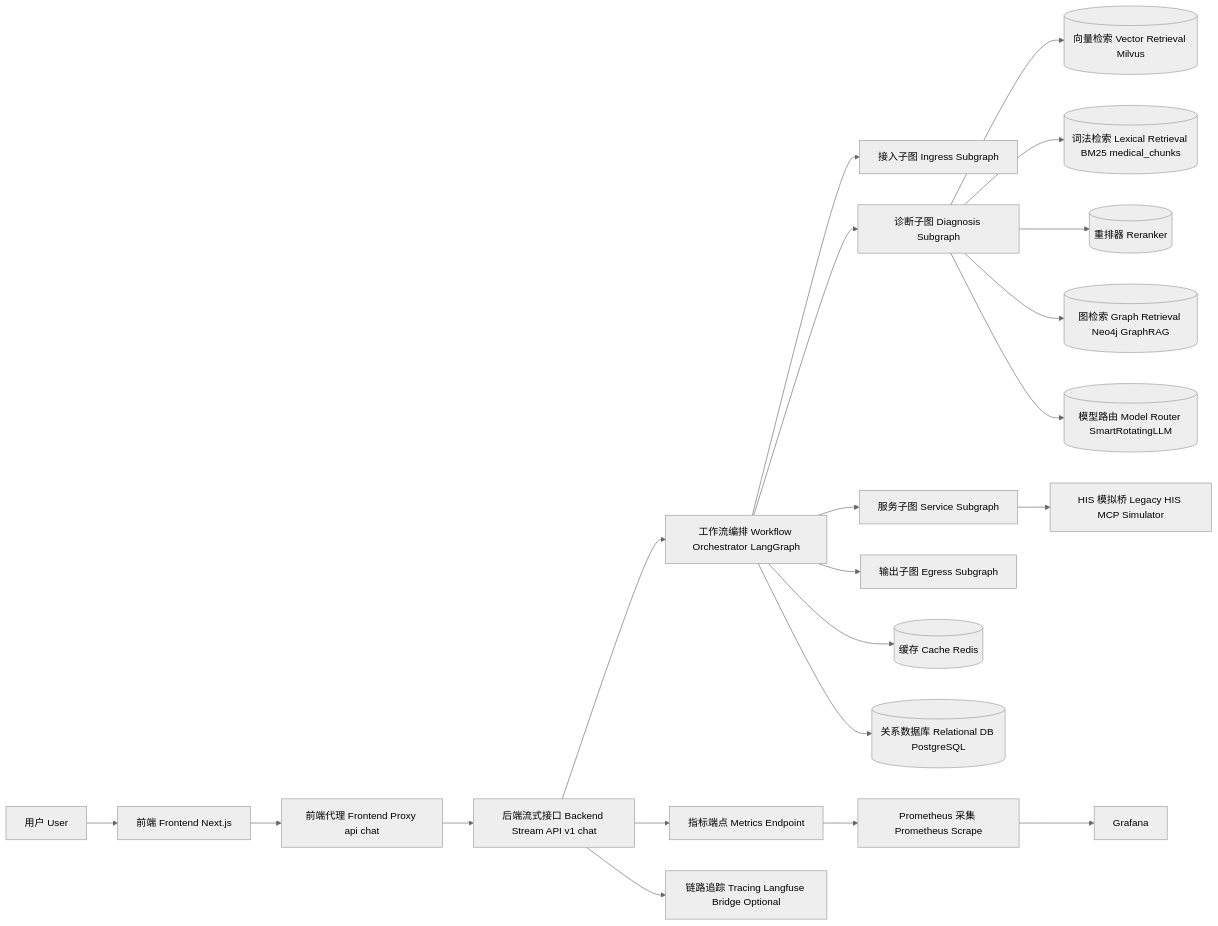
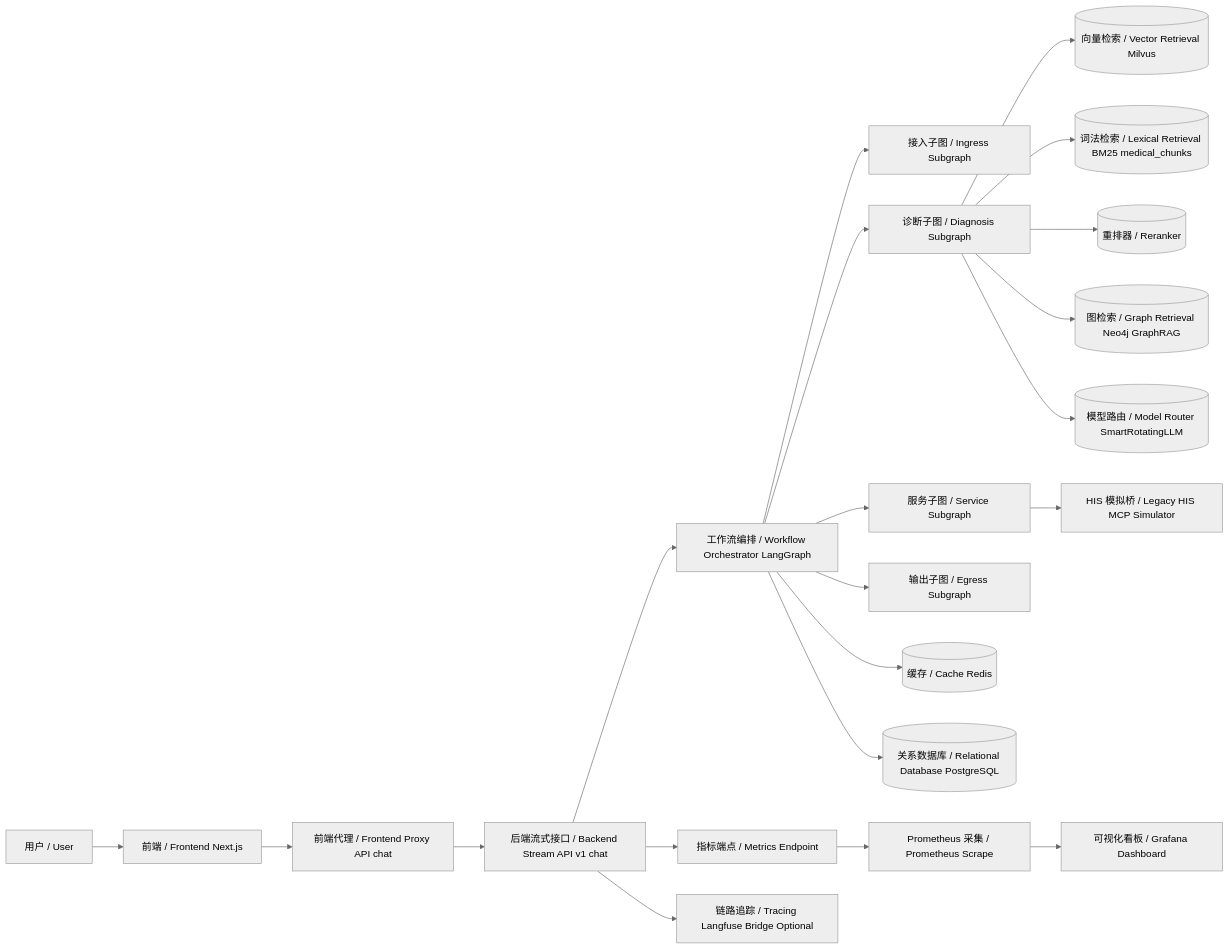
The first of 3 diagrams in README.md (standbyme626/smart_hospital_agent), drawn with Mermaid (neutral theme) before and after one commit. The commit also changed other lines of this file, not shown here.

Commit message:
docs: make all 3 Mermaid diagram contents fully bilingual

````diff
--- a/README.md
+++ b/README.md
@@ -127,28 +127,28 @@
 ```mermaid
 graph LR
-    U[用户 User] --> F[前端 Frontend Next.js]
-    F --> P[前端代理 Frontend Proxy api chat]
-    P --> B[后端流式接口 Backend Stream API v1 chat]
+    U[用户 / User] --> F[前端 / Frontend Next.js]
+    F --> P[前端代理 / Frontend Proxy API chat]
+    P --> B[后端流式接口 / Backend Stream API v1 chat]
 
-    B --> W[工作流编排 Workflow Orchestrator LangGraph]
-    W --> I[接入子图 Ingress Subgraph]
-    W --> D[诊断子图 Diagnosis Subgraph]
-    W --> S[服务子图 Service Subgraph]
-    W --> E[输出子图 Egress Subgraph]
-    W --> C[(缓存 Cache Redis)]
-    W --> R[(关系数据库 Relational DB PostgreSQL)]
+    B --> W[工作流编排 / Workflow Orchestrator LangGraph]
+    W --> I[接入子图 / Ingress Subgraph]
+    W --> D[诊断子图 / Diagnosis Subgraph]
+    W --> S[服务子图 / Service Subgraph]
+    W --> E[输出子图 / Egress Subgraph]
+    W --> C[(缓存 / Cache Redis)]
+    W --> R[(关系数据库 / Relational Database PostgreSQL)]
 
-    D --> VS[(向量检索 Vector Retrieval Milvus)]
-    D --> BM[(词法检索 Lexical Retrieval BM25 medical_chunks)]
-    D --> RR[(重排器 Reranker)]
-    D --> G[(图检索 Graph Retrieval Neo4j GraphRAG)]
-    D --> L[(模型路由 Model Router SmartRotatingLLM)]
+    D --> VS[(向量检索 / Vector Retrieval Milvus)]
+    D --> BM[(词法检索 / Lexical Retrieval BM25 medical_chunks)]
+    D --> RR[(重排器 / Reranker)]
+    D --> G[(图检索 / Graph Retrieval Neo4j GraphRAG)]
+    D --> L[(模型路由 / Model Router SmartRotatingLLM)]
 
-    S --> HIS[HIS 模拟桥 Legacy HIS MCP Simulator]
+    S --> HIS[HIS 模拟桥 / Legacy HIS MCP Simulator]
 
-    B --> M[指标端点 Metrics Endpoint]
-    M --> PR[Prometheus 采集 Prometheus Scrape]
-    PR --> GF[Grafana]
+    B --> M[指标端点 / Metrics Endpoint]
+    M --> PR[Prometheus 采集 / Prometheus Scrape]
+    PR --> GF[可视化看板 / Grafana Dashboard]
 
-    B --> LF[链路追踪 Tracing Langfuse Bridge Optional]
+    B --> LF[链路追踪 / Tracing Langfuse Bridge Optional]
 ```
````
